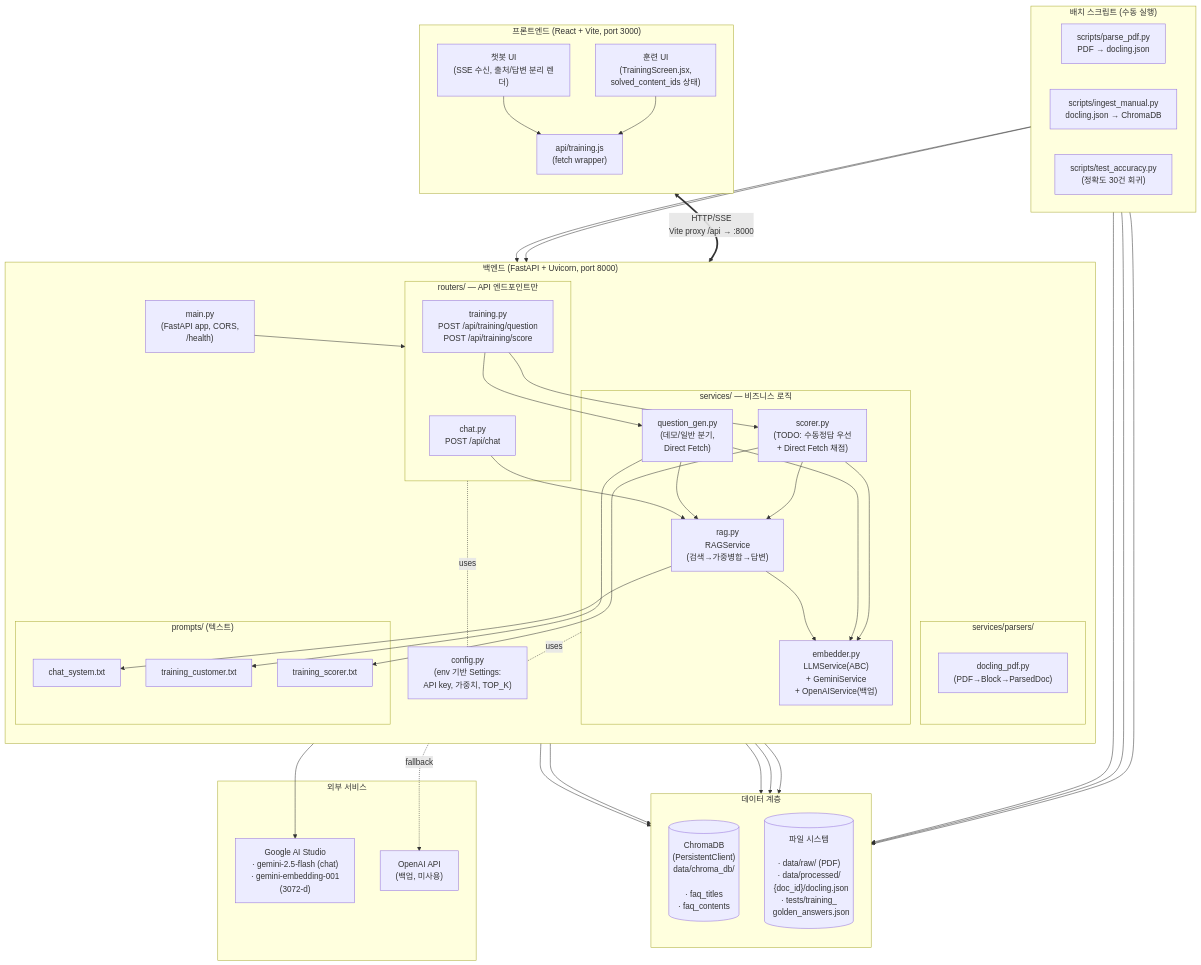
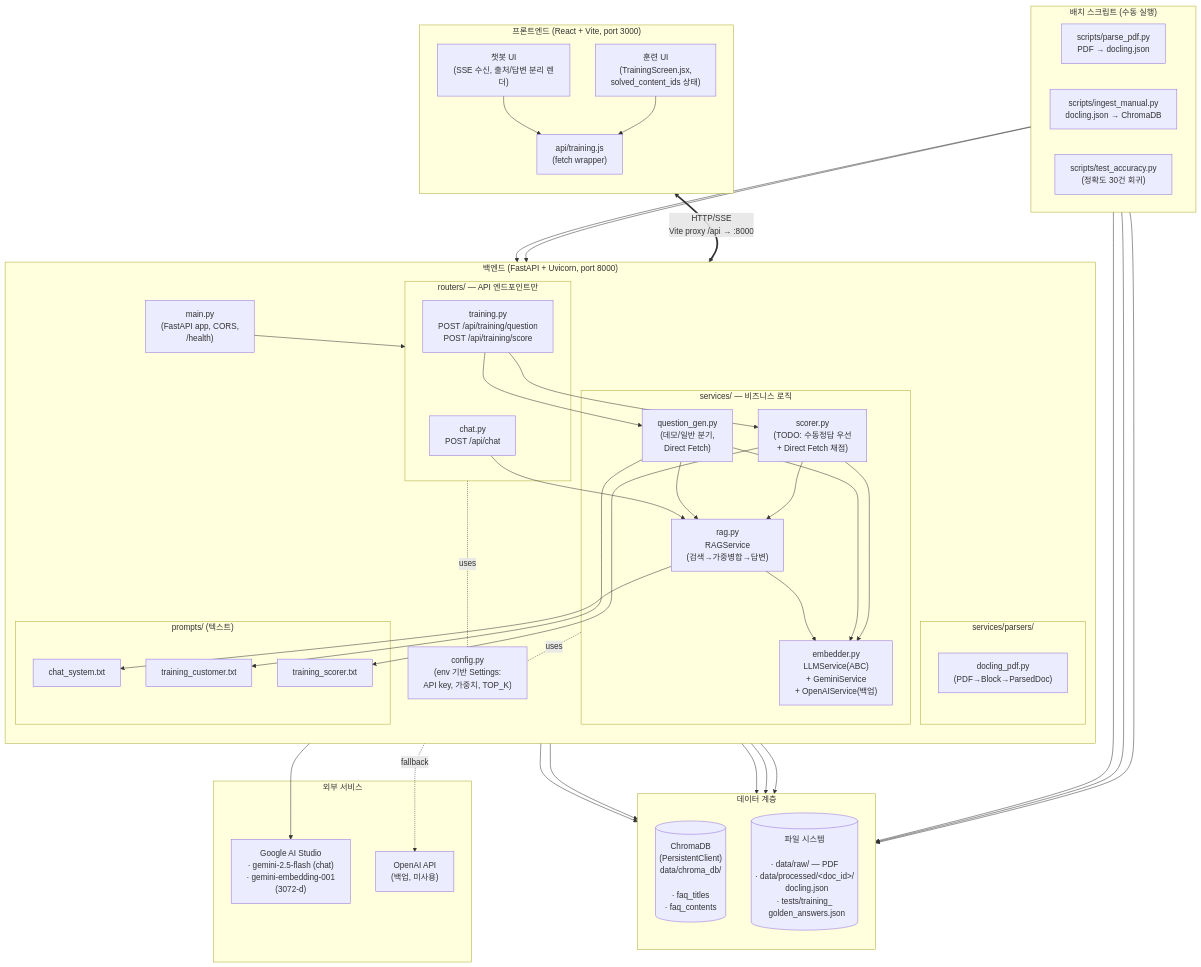
The first of 3 diagrams in docs/architecture.md (woochichichi/2026_HICT_ChatBot), drawn with Mermaid before and after one commit. The commit also changed other lines of this file and 1 other file, not shown here.

Commit message:
fix: mermaid error

```diff
--- a/docs/architecture.md
+++ b/docs/architecture.md
@@ -79,7 +79,7 @@
   subgraph DataLayer["데이터 계층"]
     direction TB
     Chroma[("ChromaDB<br/>(PersistentClient)<br/>data/chroma_db/<br/><br/>· faq_titles<br/>· faq_contents")]
-    Files[("파일 시스템<br/><br/>· data/raw/ (PDF)<br/>· data/processed/<br/>  &nbsp;&nbsp;{doc_id}/docling.json<br/>· tests/training_<br/>  &nbsp;&nbsp;golden_answers.json")]
+    Files[("파일 시스템<br/><br/>· data/raw/ — PDF<br/>· data/processed/&lt;doc_id&gt;/<br/>  &nbsp;&nbsp;docling.json<br/>· tests/training_<br/>  &nbsp;&nbsp;golden_answers.json")]
   end
 
   subgraph External["외부 서비스"]
@@ -94,7 +94,7 @@
     STest["scripts/test_accuracy.py<br/>(정확도 30건 회귀)"]
   end
 
-  Client <==>|HTTP/SSE<br/>Vite proxy /api → :8000| Backend
+  Client <==>|"HTTP/SSE<br/>Vite proxy /api → :8000"| Backend
   RAG --> Chroma
   QGen --> Chroma
   Scorer --> Chroma
```
